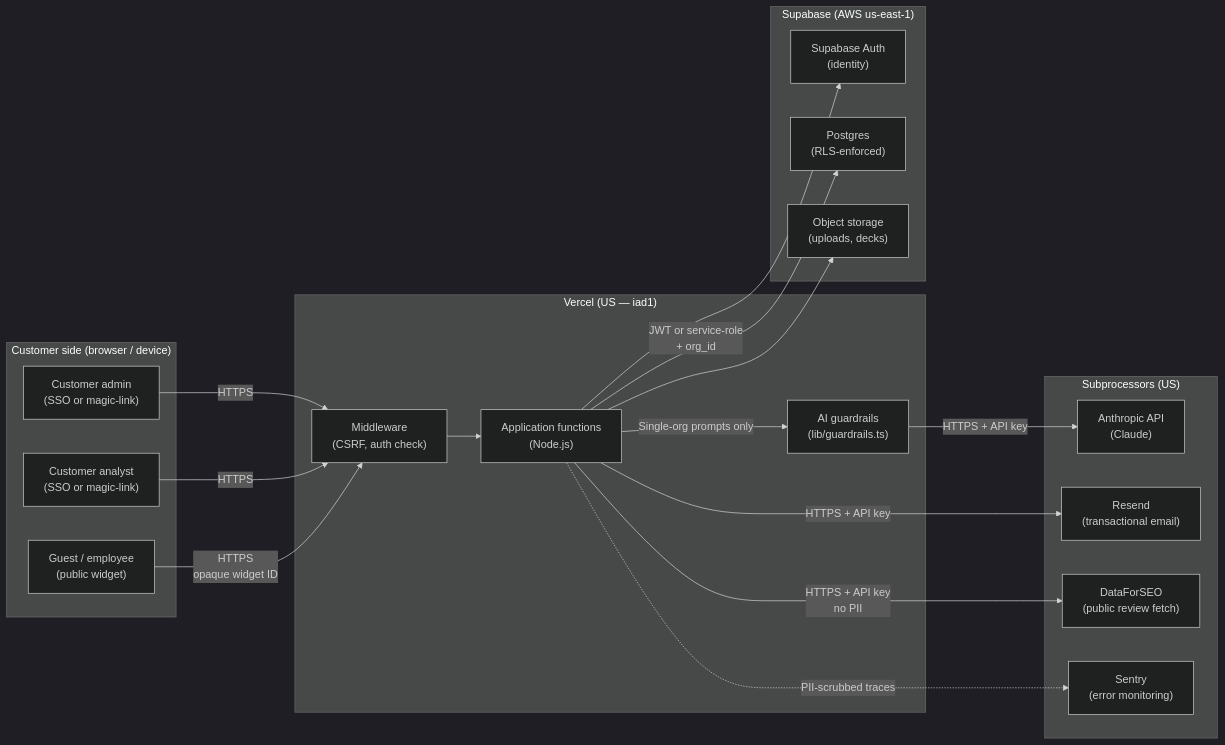
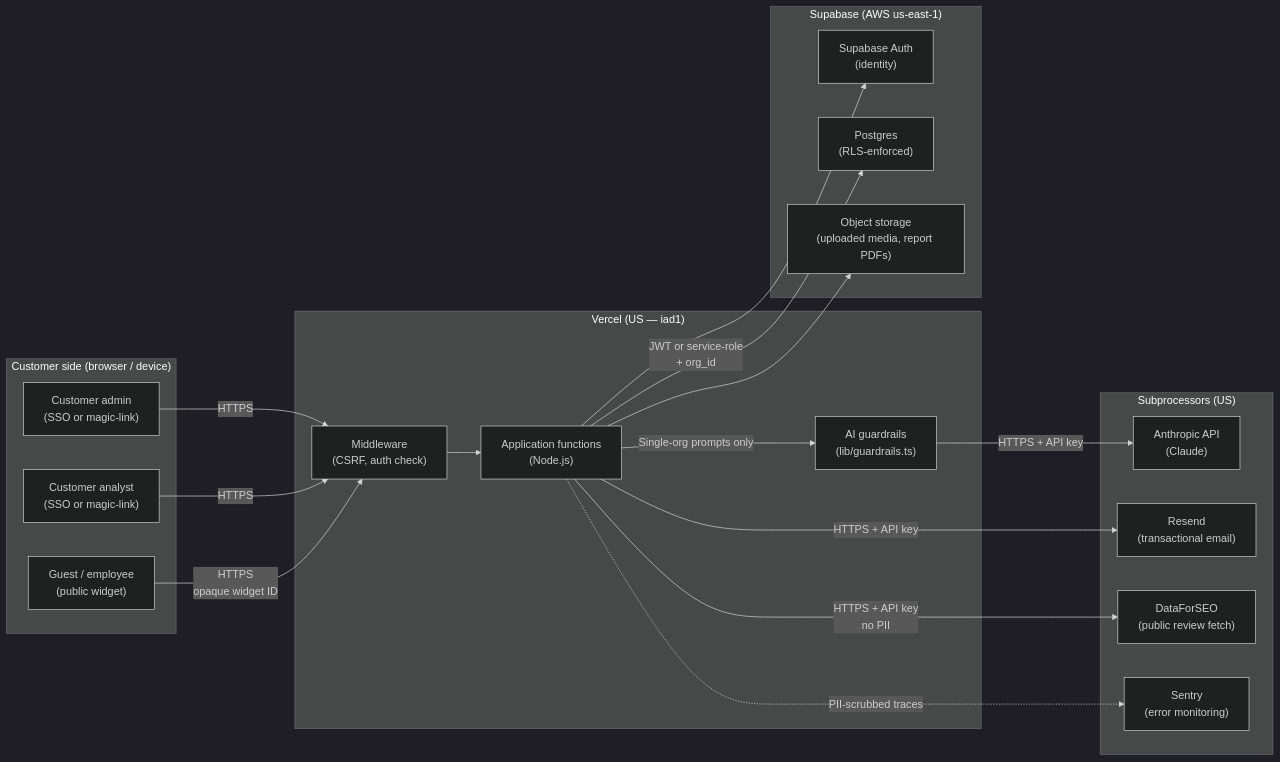
The diagram in docs/DATA_FLOW.md (Got2surf2/sentimetrx), drawn with Mermaid (dark theme) before and after one commit. The commit also changed other lines of this file and 30 other files, not shown here.

````diff
--- a/docs/DATA_FLOW.md
+++ b/docs/DATA_FLOW.md
@@ -17,47 +17,47 @@
 ```mermaid
 flowchart LR
     %% Actors
     subgraph CustomerSide["Customer side (browser / device)"]
         Admin["Customer admin<br/>(SSO or magic-link)"]
         Analyst["Customer analyst<br/>(SSO or magic-link)"]
         Guest["Guest / employee<br/>(public widget)"]
     end
 
     %% Vercel edge + functions
     subgraph Vercel["Vercel (US — iad1)"]
         MW["Middleware<br/>(CSRF, auth check)"]
         Func["Application functions<br/>(Node.js)"]
         Guard["AI guardrails<br/>(lib/guardrails.ts)"]
     end
 
     %% Datastore
     subgraph Supabase["Supabase (AWS us-east-1)"]
         AuthDB["Supabase Auth<br/>(identity)"]
         PG["Postgres<br/>(RLS-enforced)"]
-        Storage["Object storage<br/>(uploads, decks)"]
+        Storage["Object storage<br/>(uploaded media, report PDFs)"]
     end
 
     %% Third parties
     subgraph ThirdParties["Subprocessors (US)"]
         Anthropic["Anthropic API<br/>(Claude)"]
         Resend["Resend<br/>(transactional email)"]
         DFS["DataForSEO<br/>(public review fetch)"]
         Sentry["Sentry<br/>(error monitoring)"]
     end
 
     Admin -->|HTTPS| MW
     Analyst -->|HTTPS| MW
     Guest -->|HTTPS<br/>opaque widget ID| MW
 
     MW --> Func
     Func -->|JWT or service-role<br/>+ org_id| PG
     Func --> Storage
     Func --> AuthDB
 
     Func -->|Single-org prompts only| Guard
     Guard -->|HTTPS + API key| Anthropic
 
     Func -->|HTTPS + API key| Resend
     Func -->|HTTPS + API key<br/>no PII| DFS
     Func -.->|PII-scrubbed traces| Sentry
 ```
````
